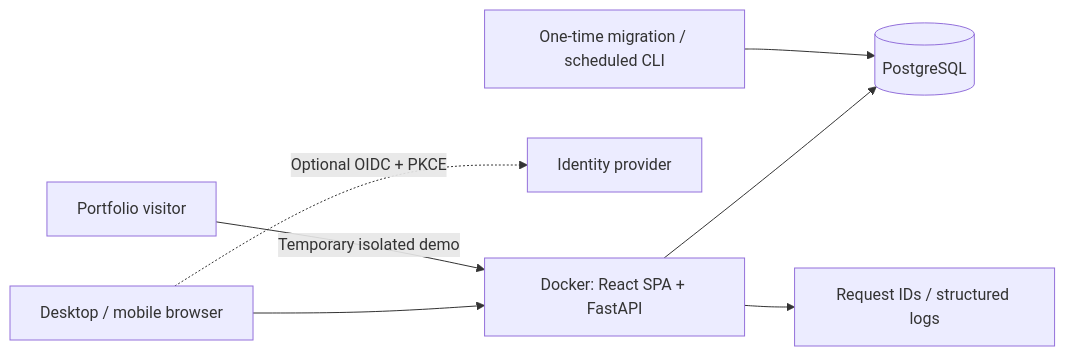
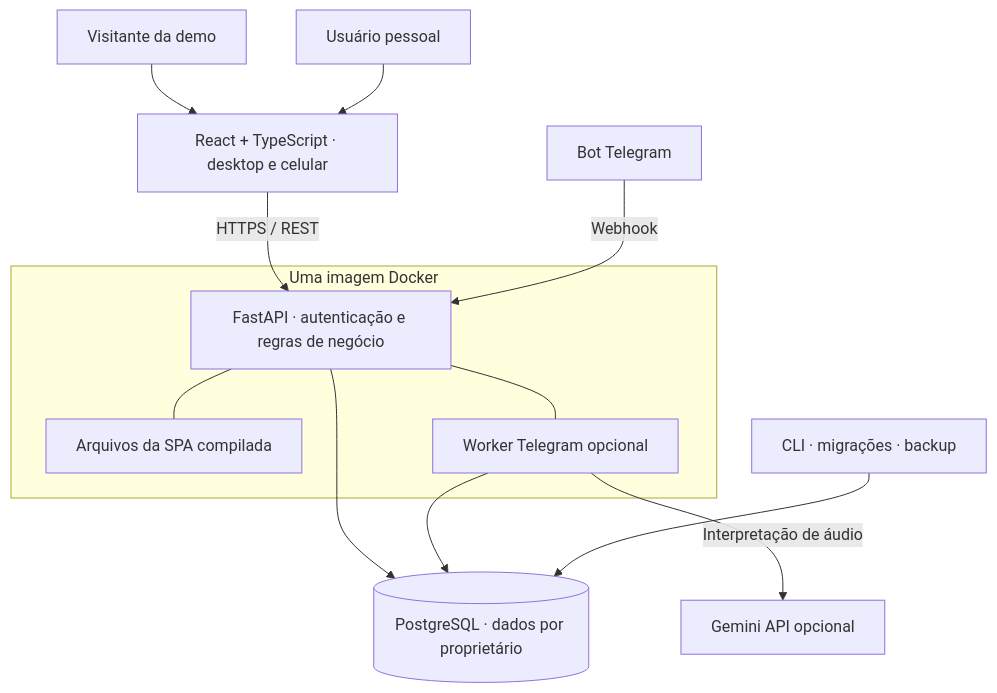
The first of 2 diagrams in README.md (Hugueninfer/orbit), drawn with Mermaid before and after one commit. The commit also changed other lines of this file and 21 other files, not shown here.

````diff
--- a/README.md
+++ b/README.md
@@ -70,9 +206,18 @@
 ```mermaid
-flowchart LR
-  Browser[Desktop / mobile browser] --> App[Docker: React SPA + FastAPI]
-  Browser -.->|Optional OIDC + PKCE| Identity[Identity provider]
-  App --> DB[(PostgreSQL)]
-  App --> Logs[Request IDs / structured logs]
-  Job[One-time migration / scheduled CLI] --> DB
-  Evaluator[Portfolio visitor] -->|Temporary isolated demo| App
+flowchart TB
+    Visitor[Visitante da demo] --> Web
+    Owner[Usuário pessoal] --> Web
+    Web[React + TypeScript · desktop e celular] -->|HTTPS / REST| API
+    subgraph Docker[Uma imagem Docker]
+        API[FastAPI · autenticação e regras de negócio]
+        SPA[Arquivos da SPA compilada]
+        Worker[Worker Telegram opcional]
+        API --- SPA
+        API --- Worker
+    end
+    API --> DB[(PostgreSQL · dados por proprietário)]
+    Worker --> DB
+    Bot[Bot Telegram] -->|Webhook| API
+    Worker -->|Interpretação de áudio| Gemini[Gemini API opcional]
+    Maintenance[CLI · migrações · backup] --> DB
 ```
````
